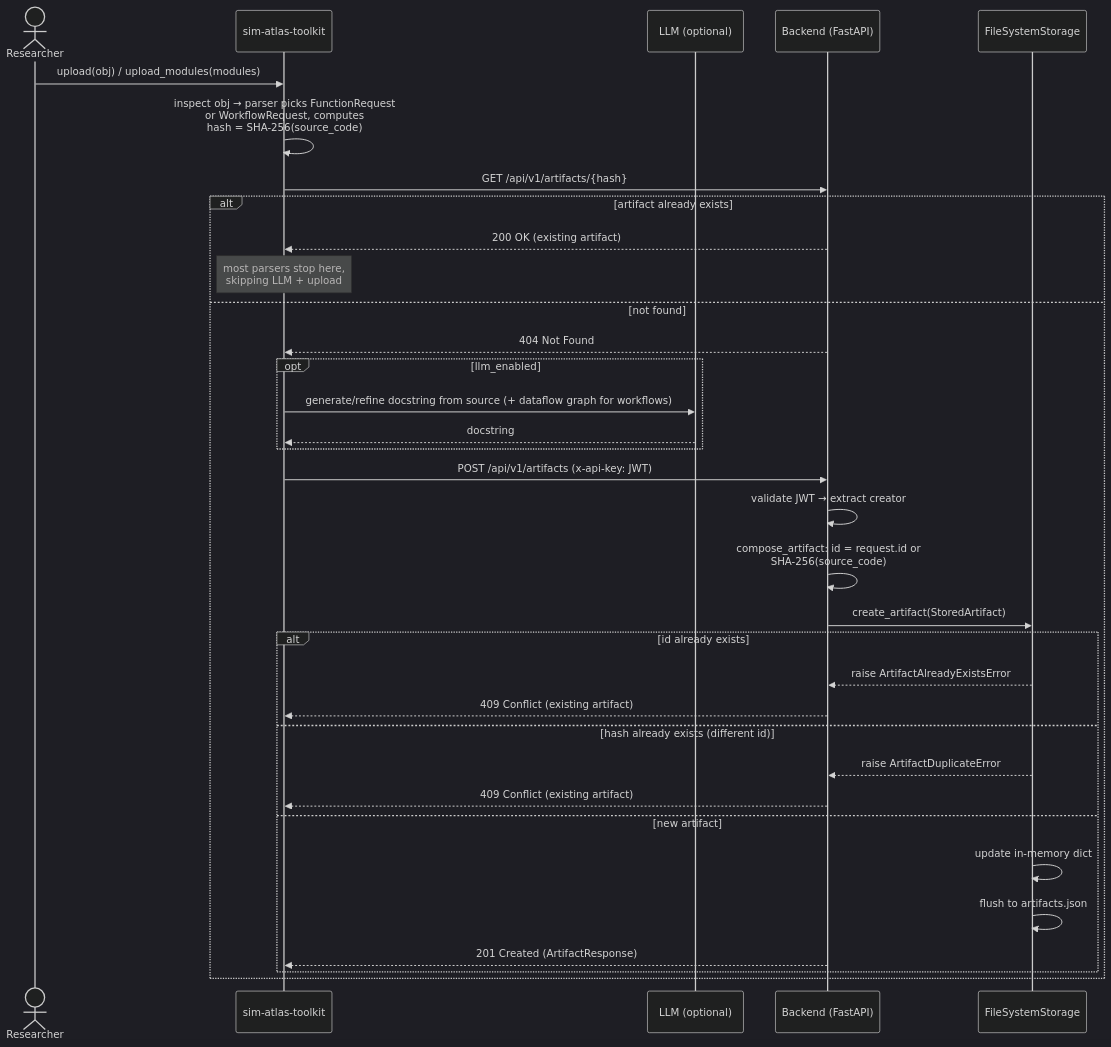
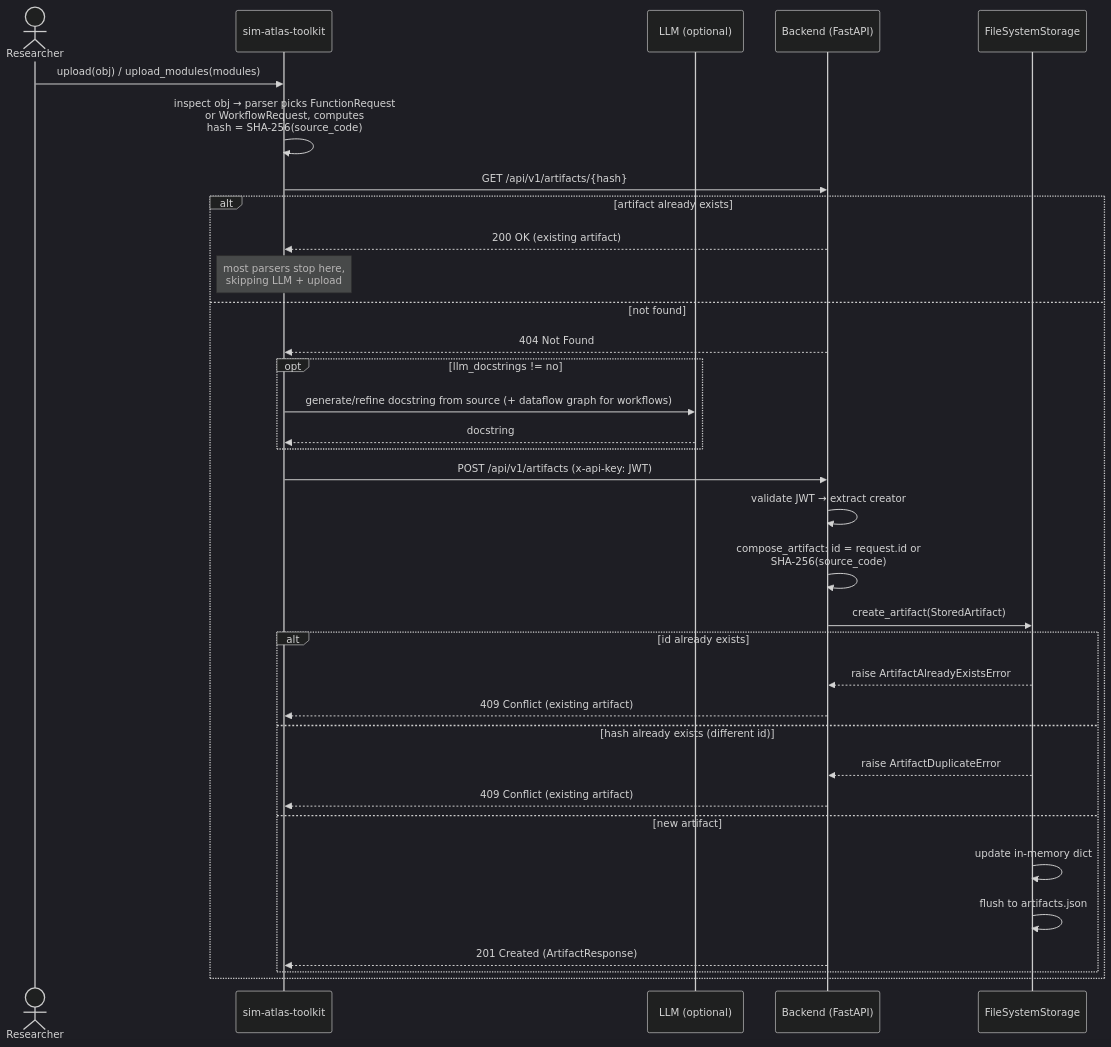
One commit to XzzX/sim_atlas changed the second of 3 diagrams in docs/architecture.md. Above: the diagram before and after it, drawn with Mermaid (dark theme). The commit also changed 5 other files, not shown here.

````diff
--- a/docs/architecture.md
+++ b/docs/architecture.md
@@ -83,37 +83,37 @@
 ```mermaid
 sequenceDiagram
     actor R as Researcher
     participant T as sim-atlas-toolkit
     participant L as LLM (optional)
     participant B as Backend (FastAPI)
     participant S as FileSystemStorage
 
     R->>T: upload(obj) / upload_modules(modules)
     T->>T: inspect obj → parser picks FunctionRequest<br/>or WorkflowRequest, computes<br/>hash = SHA-256(source_code)
     T->>B: GET /api/v1/artifacts/{hash}
     alt artifact already exists
         B-->>T: 200 OK (existing artifact)
         Note over T: most parsers stop here,<br/>skipping LLM + upload
     else not found
         B-->>T: 404 Not Found
-        opt llm_enabled
+        opt llm_docstrings != no
             T->>L: generate/refine docstring from source (+ dataflow graph for workflows)
             L-->>T: docstring
         end
         T->>B: POST /api/v1/artifacts (x-api-key: JWT)
         B->>B: validate JWT → extract creator
         B->>B: compose_artifact: id = request.id or<br/>SHA-256(source_code)
         B->>S: create_artifact(StoredArtifact)
         alt id already exists
             S-->>B: raise ArtifactAlreadyExistsError
             B-->>T: 409 Conflict (existing artifact)
         else hash already exists (different id)
             S-->>B: raise ArtifactDuplicateError
             B-->>T: 409 Conflict (existing artifact)
         else new artifact
             S->>S: update in-memory dict
             S->>S: flush to artifacts.json
             B-->>T: 201 Created (ArtifactResponse)
         end
     end
 ```
````
